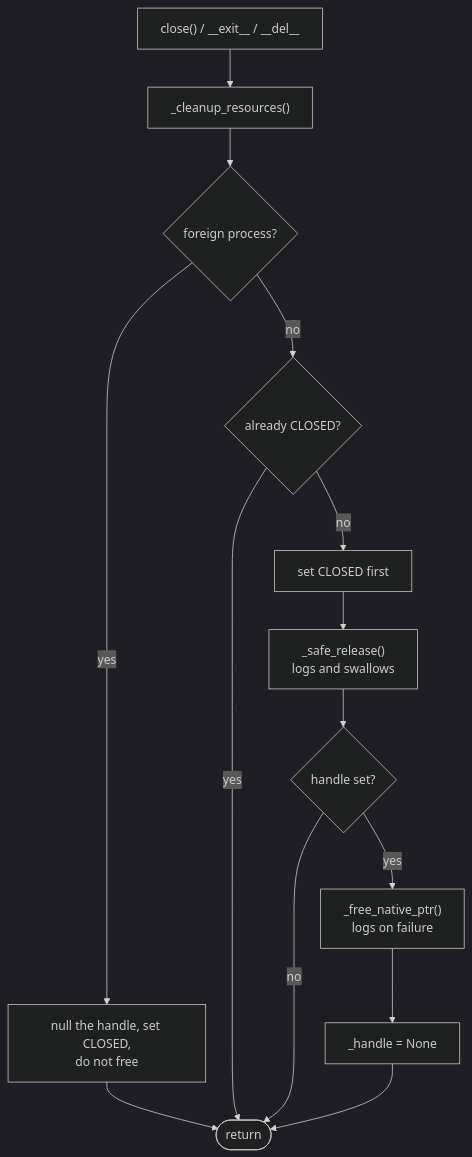
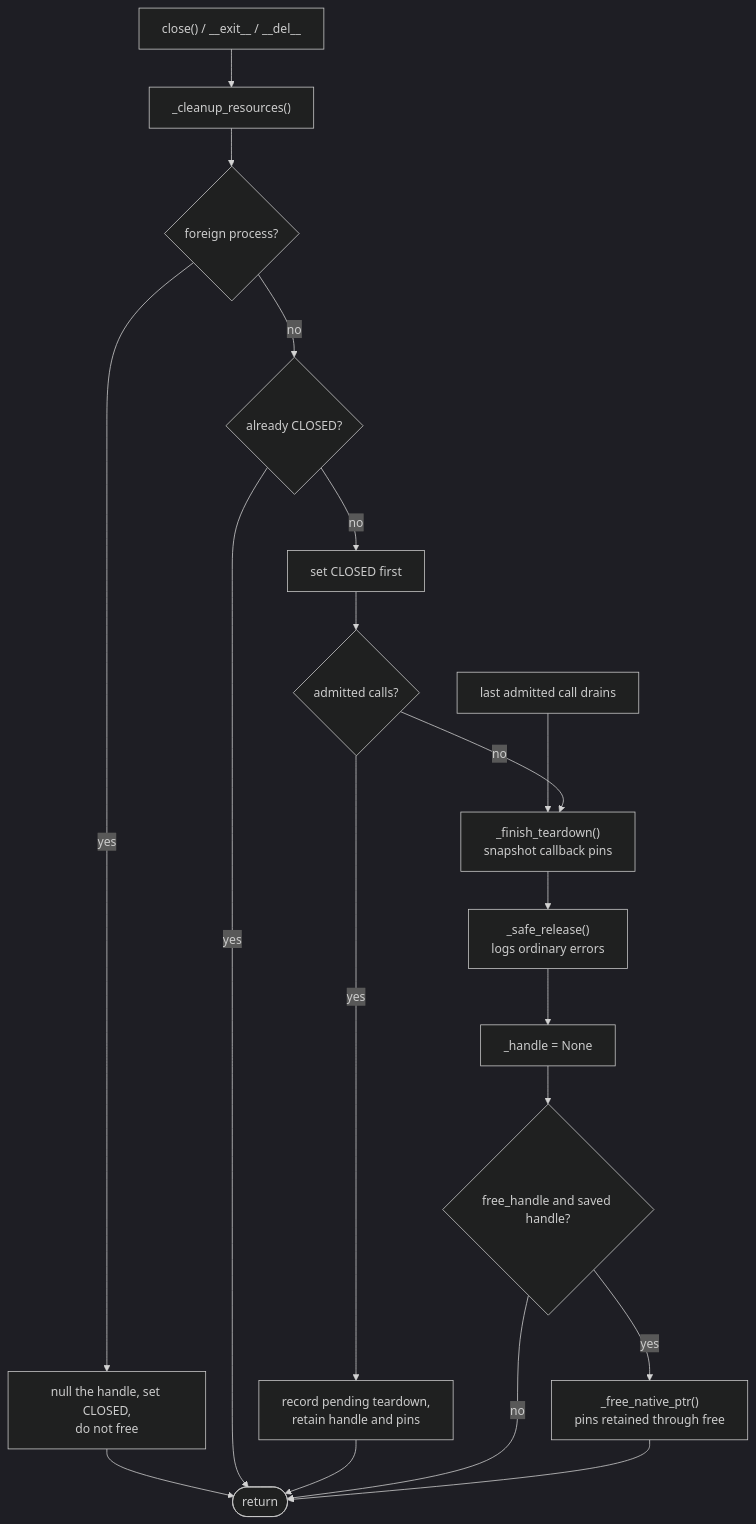
The third of 8 diagrams in docs/native-resources-management.md (castlabs/c2pa-python), drawn with Mermaid (dark theme) before and after one commit. The commit also changed other lines of this file and 6 other files, not shown here.

First line of the commit message:
fix: retain signing resources through callback-initiated close

````diff
--- a/docs/native-resources-management.md
+++ b/docs/native-resources-management.md
@@ -246,13 +247,17 @@
 ```mermaid
 flowchart TD
     E["close() / __exit__ / __del__"] --> CR["_cleanup_resources()"]
     CR --> FP{"foreign process?"}
     FP -->|yes| N["null the handle, set CLOSED,<br/>do not free"] --> DONE([return])
     FP -->|no| ST{"already CLOSED?"}
     ST -->|yes| DONE
     ST -->|no| SET["set CLOSED first"]
-    SET --> REL["_safe_release()<br/>logs and swallows"]
-    REL --> H{"handle set?"}
+    SET --> AC{"admitted calls?"}
+    AC -->|yes| WAIT["record pending teardown,<br/>retain handle and pins"] --> DONE
+    LAST["last admitted call drains"] --> FIN["_finish_teardown()<br/>snapshot callback pins"]
+    AC -->|no| FIN
+    FIN --> REL["_safe_release()<br/>logs ordinary errors"]
+    REL --> NULL["_handle = None"] --> H{"free_handle and saved handle?"}
     H -->|no| DONE
-    H -->|yes| FREE["_free_native_ptr()<br/>logs on failure"] --> NULL["_handle = None"] --> DONE
+    H -->|yes| FREE["_free_native_ptr()<br/>pins retained through free"] --> DONE
 ```
````
